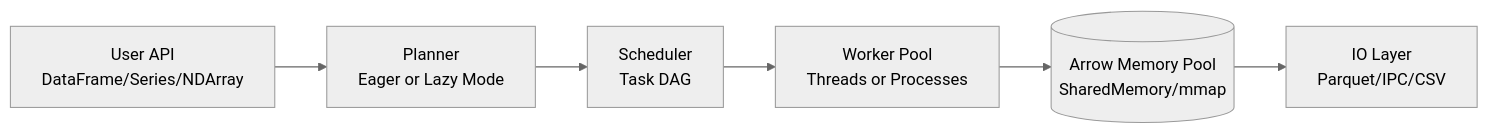
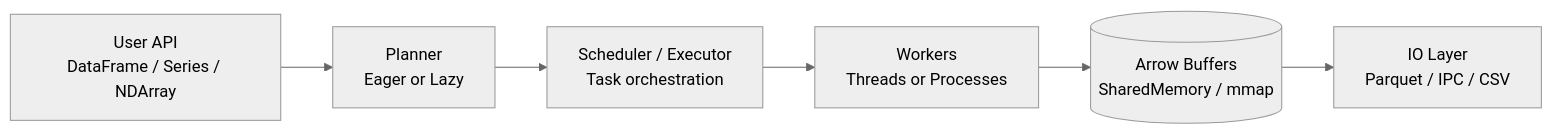
One commit to aeiwz/FrameX changed the diagram in docs/documents/architecture.md. Above: the diagram before and after it, drawn with Mermaid (neutral theme). The commit also changed other lines of this file and 20 other files, not shown here.

````diff
--- a/docs/documents/architecture.md
+++ b/docs/documents/architecture.md
@@ -18,8 +12,8 @@
 ```mermaid
 flowchart LR
-    U[User API\nDataFrame/Series/NDArray] --> P[Planner\nEager or Lazy Mode]
-    P --> S[Scheduler\nTask DAG]
-    S --> W[Worker Pool\nThreads or Processes]
-    W --> M[(Arrow Memory Pool\nSharedMemory/mmap)]
-    M --> IO[IO Layer\nParquet/IPC/CSV]
+    U["User API\nDataFrame / Series / NDArray"] --> P["Planner\nEager or Lazy"]
+    P --> S["Scheduler / Executor\nTask orchestration"]
+    S --> W["Workers\nThreads or Processes"]
+    W --> M[("Arrow Buffers\nSharedMemory / mmap")]
+    M --> IO["IO Layer\nParquet / IPC / CSV"]
 ```
````
